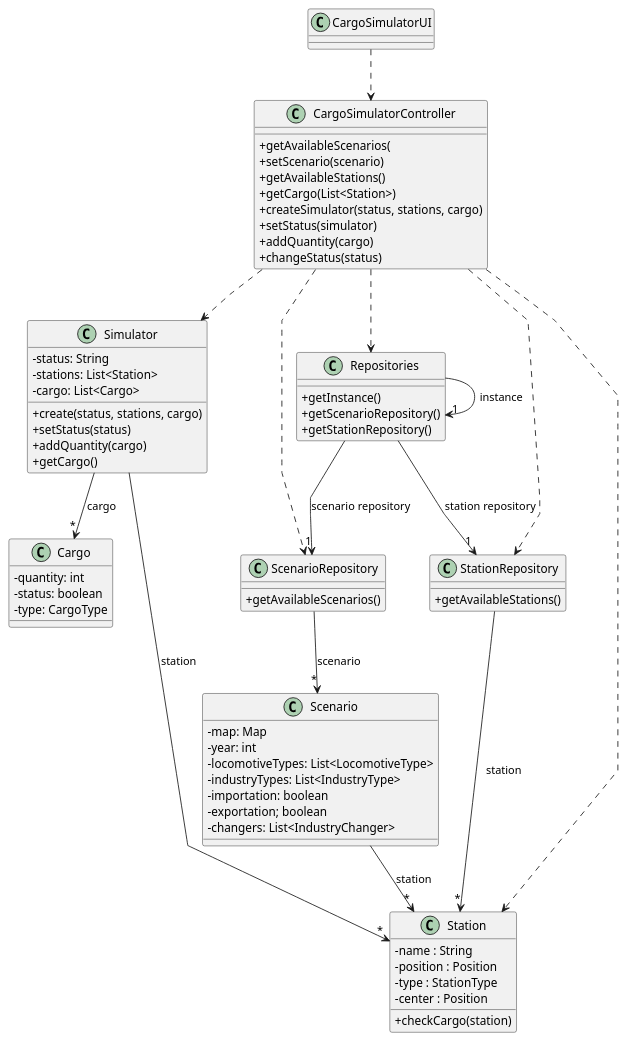
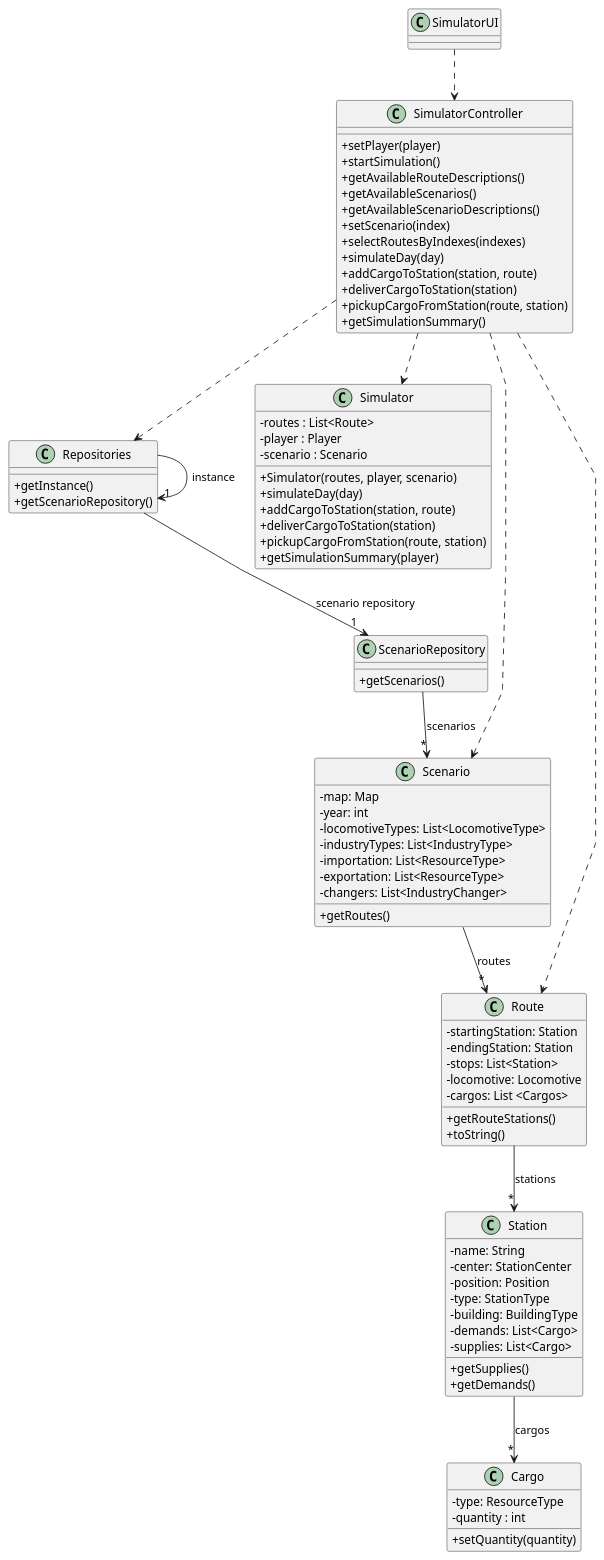
One commit to 1240935/pi2-railway-simulator changed the diagram in Sprint2/US012/03.design/puml/US012-CD.puml. Above: the diagram before and after it, drawn with PlantUML. The commit also changed 7 other files, not shown here.

```diff
--- a/Sprint2/US012/03.design/puml/US012-CD.puml
+++ b/Sprint2/US012/03.design/puml/US012-CD.puml
@@ -1,96 +1,100 @@
 @startuml
-'skinparam monochrome true
 skinparam packageStyle rectangle
 skinparam shadowing false
 skinparam linetype polyline
-'skinparam linetype orto
-
 skinparam classAttributeIconSize 0
 
-'left to right direction
 
-class CargoSimulatorUI {
-
+class SimulatorUI{
 }
 
-class CargoSimulatorController {
-  + getAvailableScenarios(
-  + setScenario(scenario)
-  + getAvailableStations()
-  + getCargo(List<Station>)
-  + createSimulator(status, stations, cargo)
-  + setStatus(simulator)
-  + addQuantity(cargo)
-  + changeStatus(status)
+class SimulatorController {
+  + setPlayer(player)
+  + startSimulation()
+  + getAvailableRouteDescriptions()
+  + getAvailableScenarios()
+  + getAvailableScenarioDescriptions()
+  + setScenario(index)
+  + selectRoutesByIndexes(indexes)
+  + simulateDay(day)
+  + addCargoToStation(station, route)
+    + deliverCargoToStation(station)
+    + pickupCargoFromStation(route, station)
+  + getSimulationSummary()
 }
 
 class Simulator {
-  - status: String
-  - stations: List<Station>
-  - cargo: List<Cargo>
-  + create(status, stations, cargo)
-  + setStatus(status)
-  + addQuantity(cargo)
-  + getCargo()
+  - routes : List<Route>
+  - player : Player
+  - scenario : Scenario
+  + Simulator(routes, player, scenario)
+  + simulateDay(day)
+  + addCargoToStation(station, route)
+  + deliverCargoToStation(station)
+  + pickupCargoFromStation(route, station)
+  + getSimulationSummary(player)
 }
 
 class Scenario {
-       -map: Map
-       -year: int
-       -locomotiveTypes: List<LocomotiveType>
-       -industryTypes: List<IndustryType>
-       -importation: boolean
-       -exportation; boolean
-       -changers: List<IndustryChanger>
+  -map: Map
+         -year: int
+         -locomotiveTypes: List<LocomotiveType>
+         -industryTypes: List<IndustryType>
+         -importation: List<ResourceType>
+         -exportation: List<ResourceType>
+         -changers: List<IndustryChanger>
+  + getRoutes()
+}
+
+class Route {
+  - startingStation: Station
+  - endingStation: Station
+  - stops: List<Station>
+  - locomotive: Locomotive
+  - cargos: List <Cargos>
+  + getRouteStations()
+  + toString()
 }
 
 class Station {
-  -name : String
-  -position : Position
-  -type : StationType
-  -center : Position
-  +checkCargo(station)
+  - name: String
+  - center: StationCenter
+  - position: Position
+  - type: StationType
+  - building: BuildingType
+  - demands: List<Cargo>
+  - supplies: List<Cargo>
+  + getSupplies()
+  + getDemands()
 }
 
-
 class Cargo {
-  -quantity: int
-  -status: boolean
-  -type: CargoType
+  - type: ResourceType
+  - quantity : int
+  + setQuantity(quantity)
 }
 
 class Repositories {
   + getInstance()
   + getScenarioRepository()
-  + getStationRepository()
 }
 
 class ScenarioRepository {
-  + getAvailableScenarios()
+  + getScenarios()
 }
 
-class StationRepository {
-  + getAvailableStations()
-}
+SimulatorUI ..> SimulatorController
 
-CargoSimulatorUI ..> CargoSimulatorController
-
-CargoSimulatorController ..> Simulator
-CargoSimulatorController ..> ScenarioRepository
-CargoSimulatorController ..> StationRepository
-CargoSimulatorController ..> Station
-CargoSimulatorController ..> Repositories
+SimulatorController ..> Simulator
+SimulatorController ..> Scenario
+SimulatorController ..> Route
+SimulatorController ..> Repositories
 
 Repositories -> "1" Repositories : instance
 Repositories --> "1" ScenarioRepository : scenario repository
-Repositories --> "1" StationRepository : station repository
-
-StationRepository --> "*" Station : station
-ScenarioRepository --> "*" Scenario: scenario
-
-Scenario --> "*" Station : station
-
-Simulator --> "*" Station: station
-Simulator --> "*" Cargo: cargo
+ScenarioRepository --> "*" Scenario : scenarios
+Scenario --> "*" Route : routes
+Route --> "*" Station : stations
+Station --> "*" Cargo : cargos
 
 @enduml
```
